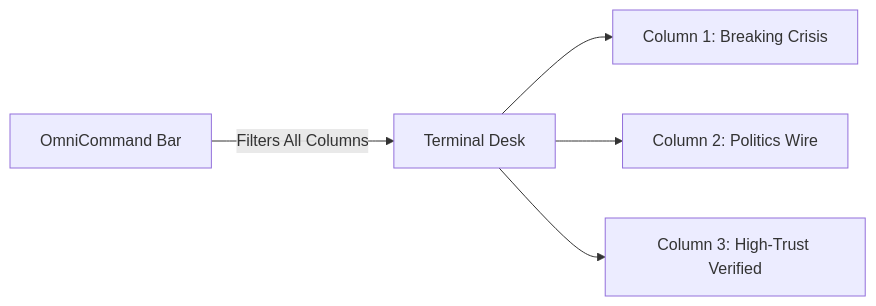
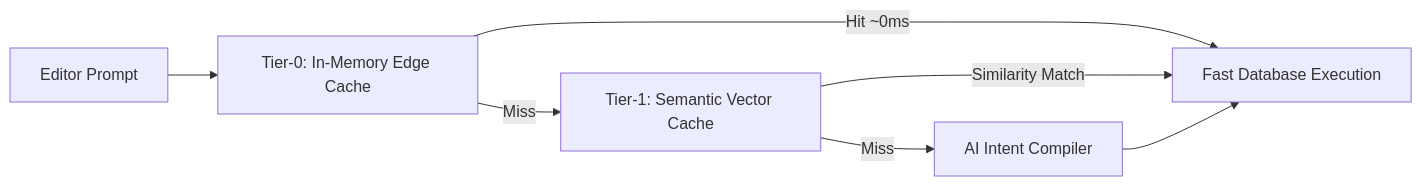
Before and after one commit to NewsCompass/docs: the second of 2 diagrams in terminal/workspace-columns.mdx, drawn with Mermaid. The commit also changed other lines of this file and 3 other files, not shown here.

Commit message:
docs: detail OmniCommand AI search architecture (multi-tier latency caching, semantic vector cache, and newsroom briefing synthesis)

````diff
--- a/terminal/workspace-columns.mdx
+++ b/terminal/workspace-columns.mdx
@@ -8,7 +48,9 @@
 ```mermaid
 graph LR
-    A[Terminal Desk] --> B[Column 1: Breaking Crisis]
-    A --> C[Column 2: Politics Wire]
-    A --> D[Column 3: High-Trust Verified]
-    E[OmniCommand Bar] -->|Filters All Columns| A
+    Query[Editor Prompt] --> Tier0[Tier-0: In-Memory Edge Cache]
+    Tier0 -->|Hit ~0ms| Exec[Fast Database Execution]
+    Tier0 -->|Miss| Tier1[Tier-1: Semantic Vector Cache]
+    Tier1 -->|Similarity Match| Exec
+    Tier1 -->|Miss| LLM[AI Intent Compiler]
+    LLM --> Exec
 ```
````
